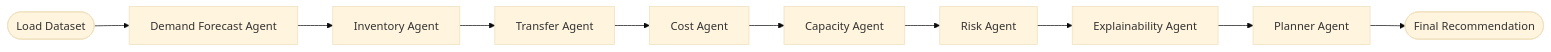
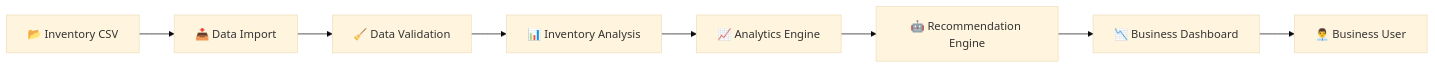
Before and after one commit to vassu-dev/networkiq-ai: the first of 4 diagrams in README.md, drawn with Mermaid (base theme). The commit also changed other lines of this file, not shown here.

````diff
--- a/README.md
+++ b/README.md
@@ -352,41 +298,33 @@
 ```mermaid
 flowchart LR
 
-Start([Load Dataset])
+A["📂 Inventory CSV"]
 
-A[Demand Forecast Agent]
+B["📥 Data Import"]
 
-B[Inventory Agent]
+C["🧹 Data Validation"]
 
-C[Transfer Agent]
+D["📊 Inventory Analysis"]
 
-D[Cost Agent]
+E["📈 Analytics Engine"]
 
-E[Capacity Agent]
+F["🤖 Recommendation Engine"]
 
-F[Risk Agent]
+G["📉 Business Dashboard"]
 
-G[Explainability Agent]
-
-H[Planner Agent]
-
-I([Final Recommendation])
-
-Start --> A
+H["👨‍💼 Business User"]
 
 A --> B
 
 B --> C
 
 C --> D
 
 D --> E
 
 E --> F
 
 F --> G
 
 G --> H
-
-H --> I
 ```
````
